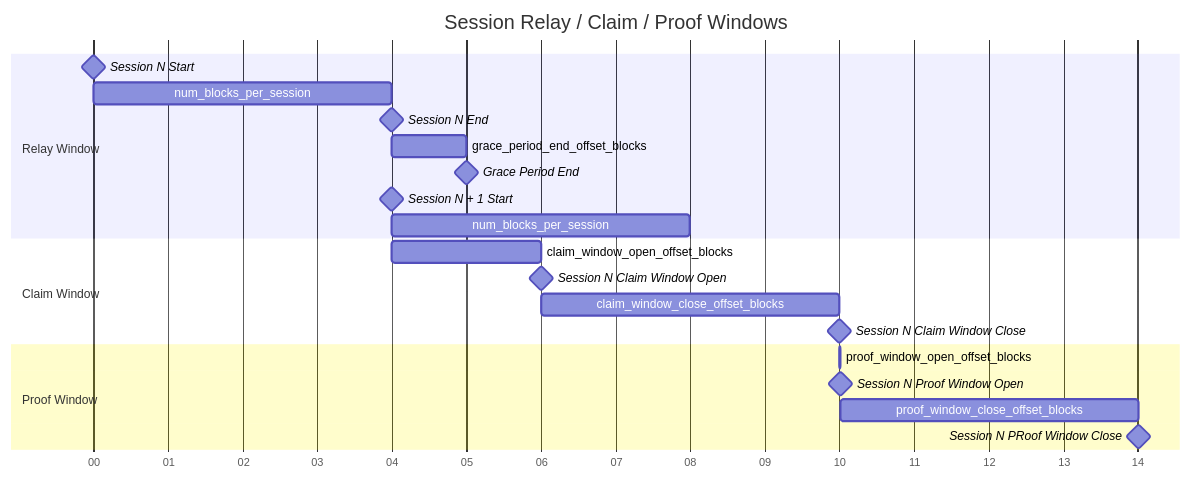
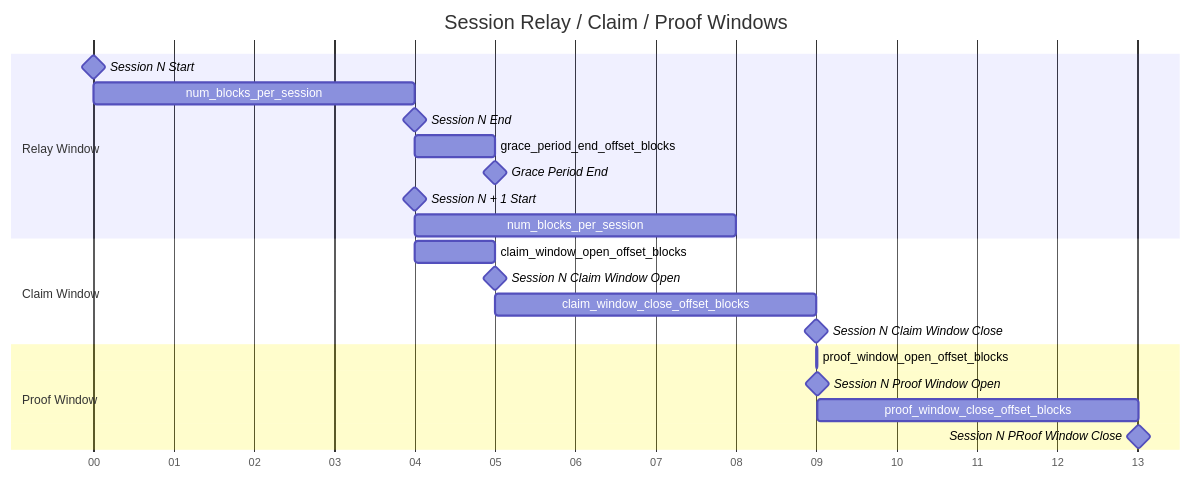
The second of 17 diagrams in docusaurus/docs/protocol/primitives/claim_and_proof_lifecycle.md (pokt-network/poktroll), drawn with Mermaid before and after one commit.

Commit message:
chore: review feedback improvements

````diff
--- a/docusaurus/docs/protocol/primitives/claim_and_proof_lifecycle.md
+++ b/docusaurus/docs/protocol/primitives/claim_and_proof_lifecycle.md
@@ -86,27 +86,27 @@
 ```mermaid
 gantt
     title Session Relay / Claim / Proof Windows
     dateFormat ss
     axisFormat %S
     tickInterval 1second
 
     section Relay Window
         Session N Start: milestone, sns, 00, 0s
         num_blocks_per_session: nbps, 00, 4s
         Session N End: milestone, sne, after nbps, 0s
         grace_period_end_offset_blocks: gpof, after sne, 1s
         Grace Period End: milestone, gpe, after gpof, 0s
         Session N + 1 Start: milestone, sns1, after sne, 0s
         num_blocks_per_session: nbps2, after sns1, 4s
     section Claim Window
-        claim_window_open_offset_blocks: cwob, after sne, 2s
+        claim_window_open_offset_blocks: cwob, after sne, 1s
         Session N Claim Window Open: milestone, cwo, after cwob, 0s
         claim_window_close_offset_blocks: cwcb, after cwo, 4s
         Session N Claim Window Close: milestone, cwc, after cwcb, 0s
     section Proof Window
         proof_window_open_offset_blocks: pwob, after cwc, 10ms
         Session N Proof Window Open: milestone, pwo, after pwob, 0s
         proof_window_close_offset_blocks: pwcb, after pwo, 4s
         Session N PRoof Window Close: milestone, pwc, after pwcb, 0s
 
 ```
````
